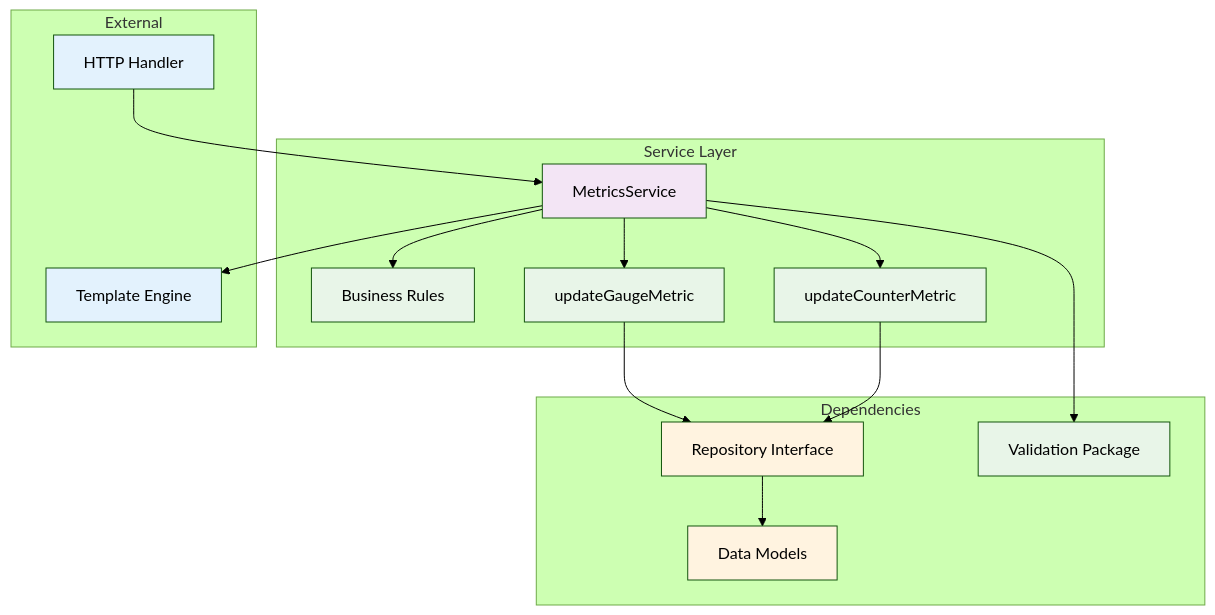
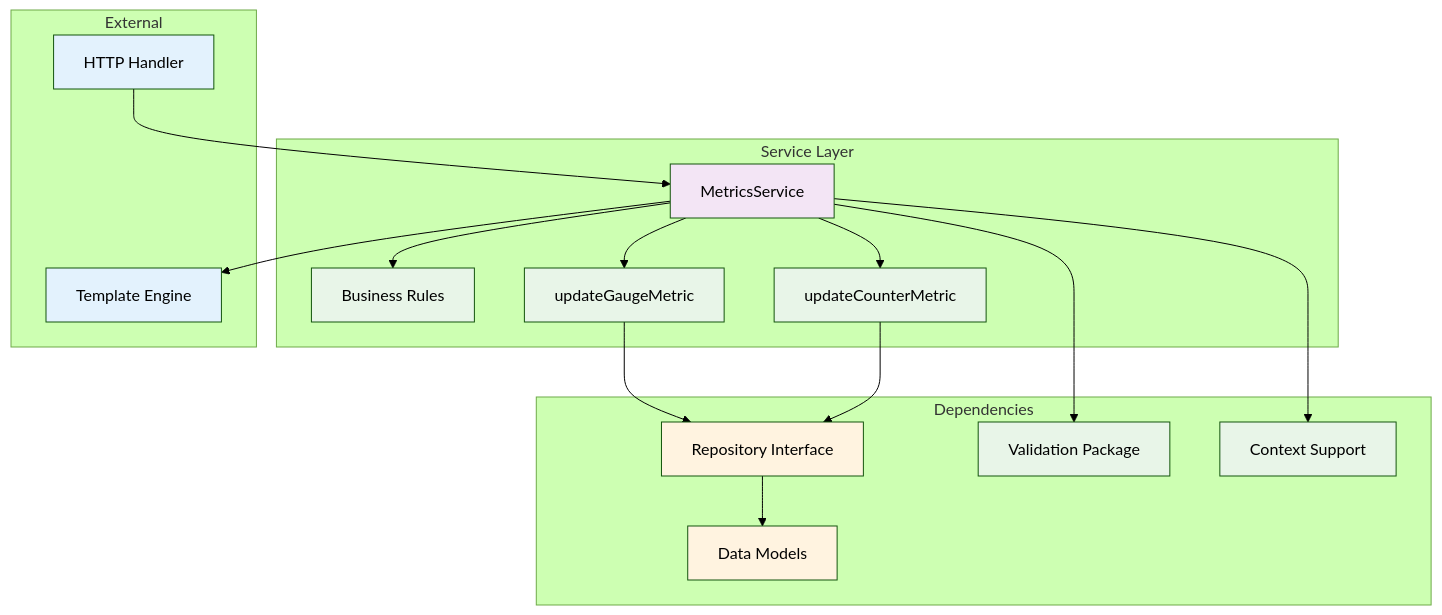
Before and after one commit to IgorKilipenko/metrical: the first of 2 diagrams in internal/service/README.md, drawn with Mermaid (forest theme). The commit also changed other lines of this file and 10 other files, not shown here.

First line of the commit message:
refactor: integrate context support into metrics handling and repository

````diff
--- a/internal/service/README.md
+++ b/internal/service/README.md
@@ -27,40 +28,43 @@
 ```mermaid
 graph TB
     subgraph "Service Layer"
         MS[MetricsService]
         BL[Business Rules]
         Gauge[updateGaugeMetric]
         Counter[updateCounterMetric]
     end
     
     subgraph "Dependencies"
         REPO[Repository Interface]
         VAL[Validation Package]
         MODEL[Data Models]
+        CTX[Context Support]
     end
     
     subgraph "External"
         HANDLER[HTTP Handler]
         TEMPLATE[Template Engine]
     end
     
     HANDLER --> MS
     MS --> VAL
     MS --> BL
     MS --> Gauge
     MS --> Counter
+    MS --> CTX
     Gauge --> REPO
     Counter --> REPO
     REPO --> MODEL
     MS --> TEMPLATE
     
     style MS fill:#f3e5f5
     style BL fill:#e8f5e8
     style Gauge fill:#e8f5e8
     style Counter fill:#e8f5e8
     style REPO fill:#fff3e0
     style VAL fill:#e8f5e8
     style MODEL fill:#fff3e0
+    style CTX fill:#e8f5e8
     style HANDLER fill:#e3f2fd
     style TEMPLATE fill:#e3f2fd
 ```
````
